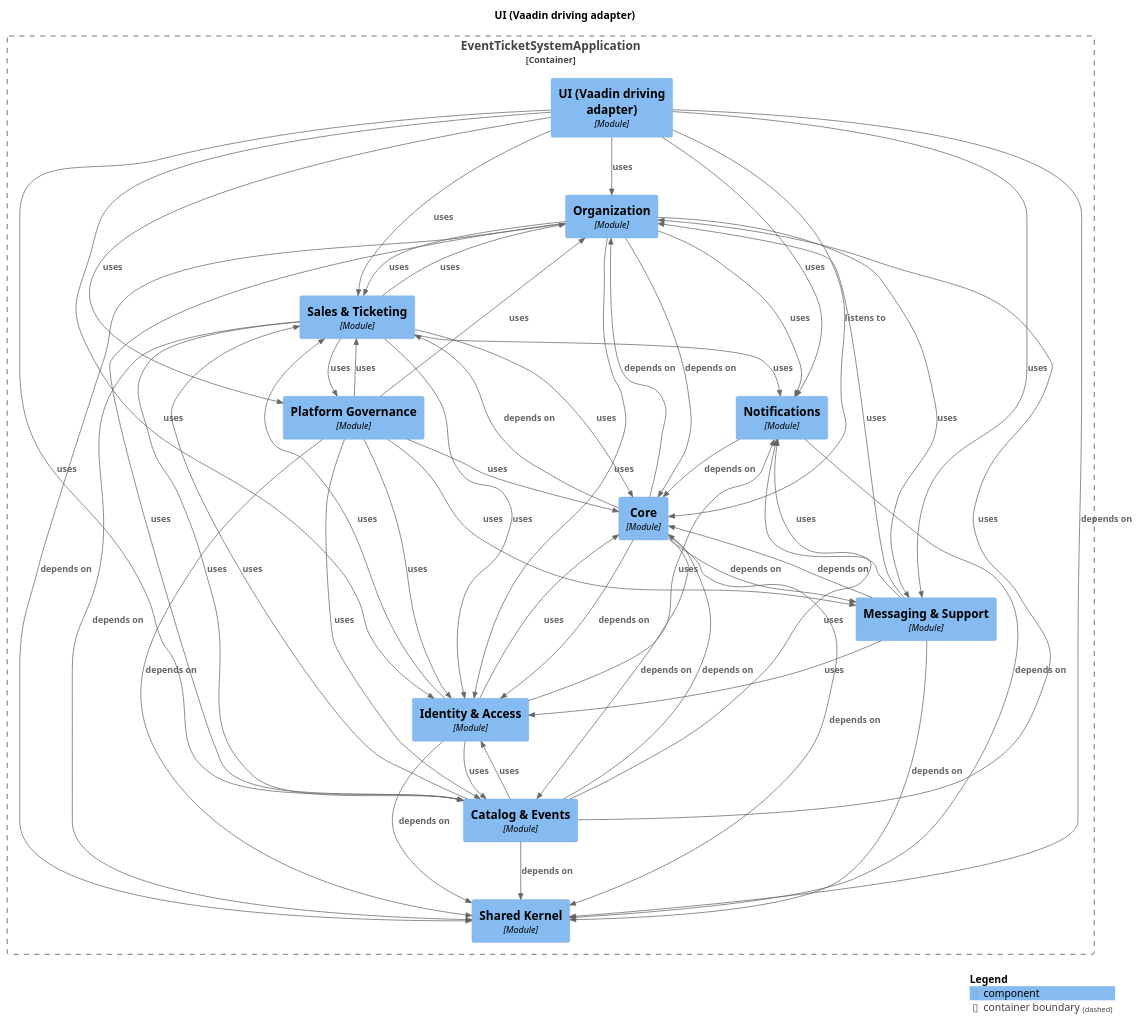
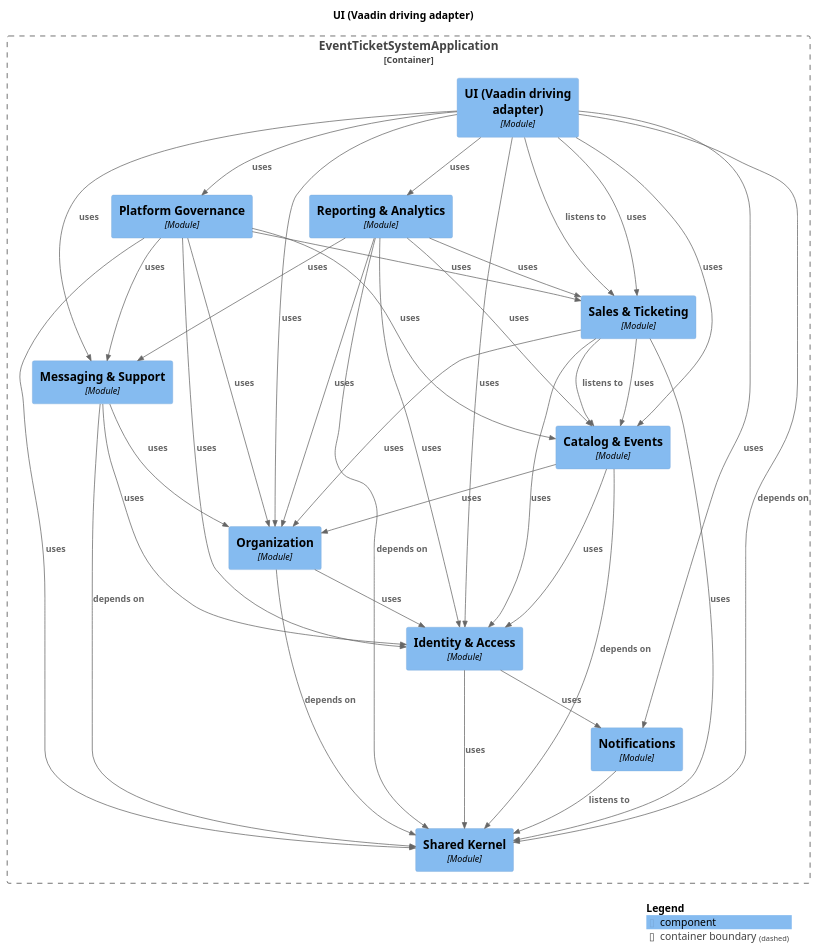
One commit to NaimElijah/Ticketeer changed the diagram in docs/architecture/module-ui.puml. Above: the diagram before and after it, drawn with PlantUML. The commit also changed 566 other files, not shown here.

```diff
--- a/docs/architecture/module-ui.puml
+++ b/docs/architecture/module-ui.puml
@@ -9,72 +9,56 @@
 !include <C4/C4_Component>
 
 Container_Boundary("EventTicketSystemApplication.EventTicketSystemApplication_boundary", "EventTicketSystemApplication", $tags="") {
+  Component(EventTicketSystemApplication.EventTicketSystemApplication.PlatformGovernance, "Platform Governance", $techn="Module", $descr="", $tags="", $link="")
+  Component(EventTicketSystemApplication.EventTicketSystemApplication.ReportingAnalytics, "Reporting & Analytics", $techn="Module", $descr="", $tags="", $link="")
+  Component(EventTicketSystemApplication.EventTicketSystemApplication.UIVaadindrivingadapter, "UI (Vaadin driving adapter)", $techn="Module", $descr="", $tags="", $link="")
+  Component(EventTicketSystemApplication.EventTicketSystemApplication.SharedKernel, "Shared Kernel", $techn="Module", $descr="", $tags="", $link="")
+  Component(EventTicketSystemApplication.EventTicketSystemApplication.Notifications, "Notifications", $techn="Module", $descr="", $tags="", $link="")
+  Component(EventTicketSystemApplication.EventTicketSystemApplication.IdentityAccess, "Identity & Access", $techn="Module", $descr="", $tags="", $link="")
   Component(EventTicketSystemApplication.EventTicketSystemApplication.Organization, "Organization", $techn="Module", $descr="", $tags="", $link="")
+  Component(EventTicketSystemApplication.EventTicketSystemApplication.CatalogEvents, "Catalog & Events", $techn="Module", $descr="", $tags="", $link="")
+  Component(EventTicketSystemApplication.EventTicketSystemApplication.MessagingSupport, "Messaging & Support", $techn="Module", $descr="", $tags="", $link="")
   Component(EventTicketSystemApplication.EventTicketSystemApplication.SalesTicketing, "Sales & Ticketing", $techn="Module", $descr="", $tags="", $link="")
-  Component(EventTicketSystemApplication.EventTicketSystemApplication.SharedKernel, "Shared Kernel", $techn="Module", $descr="", $tags="", $link="")
-  Component(EventTicketSystemApplication.EventTicketSystemApplication.UIVaadindrivingadapter, "UI (Vaadin driving adapter)", $techn="Module", $descr="", $tags="", $link="")
-  Component(EventTicketSystemApplication.EventTicketSystemApplication.Core, "Core", $techn="Module", $descr="", $tags="", $link="")
-  Component(EventTicketSystemApplication.EventTicketSystemApplication.CatalogEvents, "Catalog & Events", $techn="Module", $descr="", $tags="", $link="")
-  Component(EventTicketSystemApplication.EventTicketSystemApplication.PlatformGovernance, "Platform Governance", $techn="Module", $descr="", $tags="", $link="")
-  Component(EventTicketSystemApplication.EventTicketSystemApplication.IdentityAccess, "Identity & Access", $techn="Module", $descr="", $tags="", $link="")
-  Component(EventTicketSystemApplication.EventTicketSystemApplication.MessagingSupport, "Messaging & Support", $techn="Module", $descr="", $tags="", $link="")
-  Component(EventTicketSystemApplication.EventTicketSystemApplication.Notifications, "Notifications", $techn="Module", $descr="", $tags="", $link="")
 }
 
-Rel(EventTicketSystemApplication.EventTicketSystemApplication.SalesTicketing, EventTicketSystemApplication.EventTicketSystemApplication.CatalogEvents, "uses", $techn="", $tags="", $link="")
-Rel(EventTicketSystemApplication.EventTicketSystemApplication.SalesTicketing, EventTicketSystemApplication.EventTicketSystemApplication.Notifications, "uses", $techn="", $tags="", $link="")
-Rel(EventTicketSystemApplication.EventTicketSystemApplication.SalesTicketing, EventTicketSystemApplication.EventTicketSystemApplication.IdentityAccess, "uses", $techn="", $tags="", $link="")
-Rel(EventTicketSystemApplication.EventTicketSystemApplication.SalesTicketing, EventTicketSystemApplication.EventTicketSystemApplication.Organization, "uses", $techn="", $tags="", $link="")
-Rel(EventTicketSystemApplication.EventTicketSystemApplication.SalesTicketing, EventTicketSystemApplication.EventTicketSystemApplication.PlatformGovernance, "uses", $techn="", $tags="", $link="")
-Rel(EventTicketSystemApplication.EventTicketSystemApplication.SalesTicketing, EventTicketSystemApplication.EventTicketSystemApplication.Core, "uses", $techn="", $tags="", $link="")
-Rel(EventTicketSystemApplication.EventTicketSystemApplication.IdentityAccess, EventTicketSystemApplication.EventTicketSystemApplication.SharedKernel, "depends on", $techn="", $tags="", $link="")
-Rel(EventTicketSystemApplication.EventTicketSystemApplication.IdentityAccess, EventTicketSystemApplication.EventTicketSystemApplication.SalesTicketing, "uses", $techn="", $tags="", $link="")
-Rel(EventTicketSystemApplication.EventTicketSystemApplication.IdentityAccess, EventTicketSystemApplication.EventTicketSystemApplication.Notifications, "uses", $techn="", $tags="", $link="")
-Rel(EventTicketSystemApplication.EventTicketSystemApplication.IdentityAccess, EventTicketSystemApplication.EventTicketSystemApplication.Core, "uses", $techn="", $tags="", $link="")
-Rel(EventTicketSystemApplication.EventTicketSystemApplication.IdentityAccess, EventTicketSystemApplication.EventTicketSystemApplication.CatalogEvents, "uses", $techn="", $tags="", $link="")
-Rel(EventTicketSystemApplication.EventTicketSystemApplication.Organization, EventTicketSystemApplication.EventTicketSystemApplication.SharedKernel, "depends on", $techn="", $tags="", $link="")
-Rel(EventTicketSystemApplication.EventTicketSystemApplication.Organization, EventTicketSystemApplication.EventTicketSystemApplication.Core, "depends on", $techn="", $tags="", $link="")
-Rel(EventTicketSystemApplication.EventTicketSystemApplication.Organization, EventTicketSystemApplication.EventTicketSystemApplication.CatalogEvents, "uses", $techn="", $tags="", $link="")
-Rel(EventTicketSystemApplication.EventTicketSystemApplication.Organization, EventTicketSystemApplication.EventTicketSystemApplication.SalesTicketing, "uses", $techn="", $tags="", $link="")
-Rel(EventTicketSystemApplication.EventTicketSystemApplication.Organization, EventTicketSystemApplication.EventTicketSystemApplication.MessagingSupport, "uses", $techn="", $tags="", $link="")
-Rel(EventTicketSystemApplication.EventTicketSystemApplication.Organization, EventTicketSystemApplication.EventTicketSystemApplication.IdentityAccess, "uses", $techn="", $tags="", $link="")
-Rel(EventTicketSystemApplication.EventTicketSystemApplication.Organization, EventTicketSystemApplication.EventTicketSystemApplication.Notifications, "uses", $techn="", $tags="", $link="")
-Rel(EventTicketSystemApplication.EventTicketSystemApplication.Core, EventTicketSystemApplication.EventTicketSystemApplication.CatalogEvents, "depends on", $techn="", $tags="", $link="")
-Rel(EventTicketSystemApplication.EventTicketSystemApplication.Core, EventTicketSystemApplication.EventTicketSystemApplication.SalesTicketing, "depends on", $techn="", $tags="", $link="")
-Rel(EventTicketSystemApplication.EventTicketSystemApplication.Core, EventTicketSystemApplication.EventTicketSystemApplication.MessagingSupport, "depends on", $techn="", $tags="", $link="")
-Rel(EventTicketSystemApplication.EventTicketSystemApplication.Core, EventTicketSystemApplication.EventTicketSystemApplication.Organization, "depends on", $techn="", $tags="", $link="")
-Rel(EventTicketSystemApplication.EventTicketSystemApplication.Core, EventTicketSystemApplication.EventTicketSystemApplication.IdentityAccess, "depends on", $techn="", $tags="", $link="")
-Rel(EventTicketSystemApplication.EventTicketSystemApplication.Core, EventTicketSystemApplication.EventTicketSystemApplication.SharedKernel, "depends on", $techn="", $tags="", $link="")
-Rel(EventTicketSystemApplication.EventTicketSystemApplication.PlatformGovernance, EventTicketSystemApplication.EventTicketSystemApplication.SharedKernel, "depends on", $techn="", $tags="", $link="")
+Rel(EventTicketSystemApplication.EventTicketSystemApplication.CatalogEvents, EventTicketSystemApplication.EventTicketSystemApplication.SharedKernel, "depends on", $techn="", $tags="", $link="")
+Rel(EventTicketSystemApplication.EventTicketSystemApplication.CatalogEvents, EventTicketSystemApplication.EventTicketSystemApplication.IdentityAccess, "uses", $techn="", $tags="", $link="")
+Rel(EventTicketSystemApplication.EventTicketSystemApplication.CatalogEvents, EventTicketSystemApplication.EventTicketSystemApplication.Organization, "uses", $techn="", $tags="", $link="")
 Rel(EventTicketSystemApplication.EventTicketSystemApplication.PlatformGovernance, EventTicketSystemApplication.EventTicketSystemApplication.IdentityAccess, "uses", $techn="", $tags="", $link="")
 Rel(EventTicketSystemApplication.EventTicketSystemApplication.PlatformGovernance, EventTicketSystemApplication.EventTicketSystemApplication.SalesTicketing, "uses", $techn="", $tags="", $link="")
 Rel(EventTicketSystemApplication.EventTicketSystemApplication.PlatformGovernance, EventTicketSystemApplication.EventTicketSystemApplication.CatalogEvents, "uses", $techn="", $tags="", $link="")
 Rel(EventTicketSystemApplication.EventTicketSystemApplication.PlatformGovernance, EventTicketSystemApplication.EventTicketSystemApplication.Organization, "uses", $techn="", $tags="", $link="")
-Rel(EventTicketSystemApplication.EventTicketSystemApplication.PlatformGovernance, EventTicketSystemApplication.EventTicketSystemApplication.Core, "uses", $techn="", $tags="", $link="")
+Rel(EventTicketSystemApplication.EventTicketSystemApplication.PlatformGovernance, EventTicketSystemApplication.EventTicketSystemApplication.SharedKernel, "uses", $techn="", $tags="", $link="")
 Rel(EventTicketSystemApplication.EventTicketSystemApplication.PlatformGovernance, EventTicketSystemApplication.EventTicketSystemApplication.MessagingSupport, "uses", $techn="", $tags="", $link="")
-Rel(EventTicketSystemApplication.EventTicketSystemApplication.Notifications, EventTicketSystemApplication.EventTicketSystemApplication.SharedKernel, "depends on", $techn="", $tags="", $link="")
-Rel(EventTicketSystemApplication.EventTicketSystemApplication.Notifications, EventTicketSystemApplication.EventTicketSystemApplication.Core, "depends on", $techn="", $tags="", $link="")
-Rel(EventTicketSystemApplication.EventTicketSystemApplication.UIVaadindrivingadapter, EventTicketSystemApplication.EventTicketSystemApplication.Core, "listens to", $techn="", $tags="", $link="")
+Rel(EventTicketSystemApplication.EventTicketSystemApplication.MessagingSupport, EventTicketSystemApplication.EventTicketSystemApplication.SharedKernel, "depends on", $techn="", $tags="", $link="")
+Rel(EventTicketSystemApplication.EventTicketSystemApplication.MessagingSupport, EventTicketSystemApplication.EventTicketSystemApplication.IdentityAccess, "uses", $techn="", $tags="", $link="")
+Rel(EventTicketSystemApplication.EventTicketSystemApplication.MessagingSupport, EventTicketSystemApplication.EventTicketSystemApplication.Organization, "uses", $techn="", $tags="", $link="")
+Rel(EventTicketSystemApplication.EventTicketSystemApplication.SalesTicketing, EventTicketSystemApplication.EventTicketSystemApplication.CatalogEvents, "listens to", $techn="", $tags="", $link="")
+Rel(EventTicketSystemApplication.EventTicketSystemApplication.SalesTicketing, EventTicketSystemApplication.EventTicketSystemApplication.SharedKernel, "uses", $techn="", $tags="", $link="")
+Rel(EventTicketSystemApplication.EventTicketSystemApplication.SalesTicketing, EventTicketSystemApplication.EventTicketSystemApplication.CatalogEvents, "uses", $techn="", $tags="", $link="")
+Rel(EventTicketSystemApplication.EventTicketSystemApplication.SalesTicketing, EventTicketSystemApplication.EventTicketSystemApplication.IdentityAccess, "uses", $techn="", $tags="", $link="")
+Rel(EventTicketSystemApplication.EventTicketSystemApplication.SalesTicketing, EventTicketSystemApplication.EventTicketSystemApplication.Organization, "uses", $techn="", $tags="", $link="")
+Rel(EventTicketSystemApplication.EventTicketSystemApplication.IdentityAccess, EventTicketSystemApplication.EventTicketSystemApplication.Notifications, "uses", $techn="", $tags="", $link="")
+Rel(EventTicketSystemApplication.EventTicketSystemApplication.IdentityAccess, EventTicketSystemApplication.EventTicketSystemApplication.SharedKernel, "uses", $techn="", $tags="", $link="")
+Rel(EventTicketSystemApplication.EventTicketSystemApplication.Notifications, EventTicketSystemApplication.EventTicketSystemApplication.SharedKernel, "listens to", $techn="", $tags="", $link="")
+Rel(EventTicketSystemApplication.EventTicketSystemApplication.Organization, EventTicketSystemApplication.EventTicketSystemApplication.SharedKernel, "depends on", $techn="", $tags="", $link="")
+Rel(EventTicketSystemApplication.EventTicketSystemApplication.Organization, EventTicketSystemApplication.EventTicketSystemApplication.IdentityAccess, "uses", $techn="", $tags="", $link="")
+Rel(EventTicketSystemApplication.EventTicketSystemApplication.ReportingAnalytics, EventTicketSystemApplication.EventTicketSystemApplication.SharedKernel, "depends on", $techn="", $tags="", $link="")
+Rel(EventTicketSystemApplication.EventTicketSystemApplication.ReportingAnalytics, EventTicketSystemApplication.EventTicketSystemApplication.CatalogEvents, "uses", $techn="", $tags="", $link="")
+Rel(EventTicketSystemApplication.EventTicketSystemApplication.ReportingAnalytics, EventTicketSystemApplication.EventTicketSystemApplication.SalesTicketing, "uses", $techn="", $tags="", $link="")
+Rel(EventTicketSystemApplication.EventTicketSystemApplication.ReportingAnalytics, EventTicketSystemApplication.EventTicketSystemApplication.MessagingSupport, "uses", $techn="", $tags="", $link="")
+Rel(EventTicketSystemApplication.EventTicketSystemApplication.ReportingAnalytics, EventTicketSystemApplication.EventTicketSystemApplication.Organization, "uses", $techn="", $tags="", $link="")
+Rel(EventTicketSystemApplication.EventTicketSystemApplication.ReportingAnalytics, EventTicketSystemApplication.EventTicketSystemApplication.IdentityAccess, "uses", $techn="", $tags="", $link="")
+Rel(EventTicketSystemApplication.EventTicketSystemApplication.UIVaadindrivingadapter, EventTicketSystemApplication.EventTicketSystemApplication.SalesTicketing, "listens to", $techn="", $tags="", $link="")
 Rel(EventTicketSystemApplication.EventTicketSystemApplication.UIVaadindrivingadapter, EventTicketSystemApplication.EventTicketSystemApplication.SharedKernel, "depends on", $techn="", $tags="", $link="")
 Rel(EventTicketSystemApplication.EventTicketSystemApplication.UIVaadindrivingadapter, EventTicketSystemApplication.EventTicketSystemApplication.SalesTicketing, "uses", $techn="", $tags="", $link="")
 Rel(EventTicketSystemApplication.EventTicketSystemApplication.UIVaadindrivingadapter, EventTicketSystemApplication.EventTicketSystemApplication.IdentityAccess, "uses", $techn="", $tags="", $link="")
+Rel(EventTicketSystemApplication.EventTicketSystemApplication.UIVaadindrivingadapter, EventTicketSystemApplication.EventTicketSystemApplication.ReportingAnalytics, "uses", $techn="", $tags="", $link="")
 Rel(EventTicketSystemApplication.EventTicketSystemApplication.UIVaadindrivingadapter, EventTicketSystemApplication.EventTicketSystemApplication.Organization, "uses", $techn="", $tags="", $link="")
 Rel(EventTicketSystemApplication.EventTicketSystemApplication.UIVaadindrivingadapter, EventTicketSystemApplication.EventTicketSystemApplication.PlatformGovernance, "uses", $techn="", $tags="", $link="")
 Rel(EventTicketSystemApplication.EventTicketSystemApplication.UIVaadindrivingadapter, EventTicketSystemApplication.EventTicketSystemApplication.CatalogEvents, "uses", $techn="", $tags="", $link="")
 Rel(EventTicketSystemApplication.EventTicketSystemApplication.UIVaadindrivingadapter, EventTicketSystemApplication.EventTicketSystemApplication.MessagingSupport, "uses", $techn="", $tags="", $link="")
 Rel(EventTicketSystemApplication.EventTicketSystemApplication.UIVaadindrivingadapter, EventTicketSystemApplication.EventTicketSystemApplication.Notifications, "uses", $techn="", $tags="", $link="")
-Rel(EventTicketSystemApplication.EventTicketSystemApplication.MessagingSupport, EventTicketSystemApplication.EventTicketSystemApplication.SharedKernel, "depends on", $techn="", $tags="", $link="")
-Rel(EventTicketSystemApplication.EventTicketSystemApplication.MessagingSupport, EventTicketSystemApplication.EventTicketSystemApplication.Core, "depends on", $techn="", $tags="", $link="")
-Rel(EventTicketSystemApplication.EventTicketSystemApplication.MessagingSupport, EventTicketSystemApplication.EventTicketSystemApplication.IdentityAccess, "uses", $techn="", $tags="", $link="")
-Rel(EventTicketSystemApplication.EventTicketSystemApplication.MessagingSupport, EventTicketSystemApplication.EventTicketSystemApplication.Organization, "uses", $techn="", $tags="", $link="")
-Rel(EventTicketSystemApplication.EventTicketSystemApplication.MessagingSupport, EventTicketSystemApplication.EventTicketSystemApplication.Notifications, "uses", $techn="", $tags="", $link="")
-Rel(EventTicketSystemApplication.EventTicketSystemApplication.CatalogEvents, EventTicketSystemApplication.EventTicketSystemApplication.Core, "depends on", $techn="", $tags="", $link="")
-Rel(EventTicketSystemApplication.EventTicketSystemApplication.CatalogEvents, EventTicketSystemApplication.EventTicketSystemApplication.SharedKernel, "depends on", $techn="", $tags="", $link="")
-Rel(EventTicketSystemApplication.EventTicketSystemApplication.CatalogEvents, EventTicketSystemApplication.EventTicketSystemApplication.IdentityAccess, "uses", $techn="", $tags="", $link="")
-Rel(EventTicketSystemApplication.EventTicketSystemApplication.CatalogEvents, EventTicketSystemApplication.EventTicketSystemApplication.Organization, "uses", $techn="", $tags="", $link="")
-Rel(EventTicketSystemApplication.EventTicketSystemApplication.CatalogEvents, EventTicketSystemApplication.EventTicketSystemApplication.SalesTicketing, "uses", $techn="", $tags="", $link="")
-Rel(EventTicketSystemApplication.EventTicketSystemApplication.CatalogEvents, EventTicketSystemApplication.EventTicketSystemApplication.Notifications, "uses", $techn="", $tags="", $link="")
-Rel(EventTicketSystemApplication.EventTicketSystemApplication.SalesTicketing, EventTicketSystemApplication.EventTicketSystemApplication.SharedKernel, "depends on", $techn="", $tags="", $link="")
 
 SHOW_LEGEND(true)
 @enduml
```
